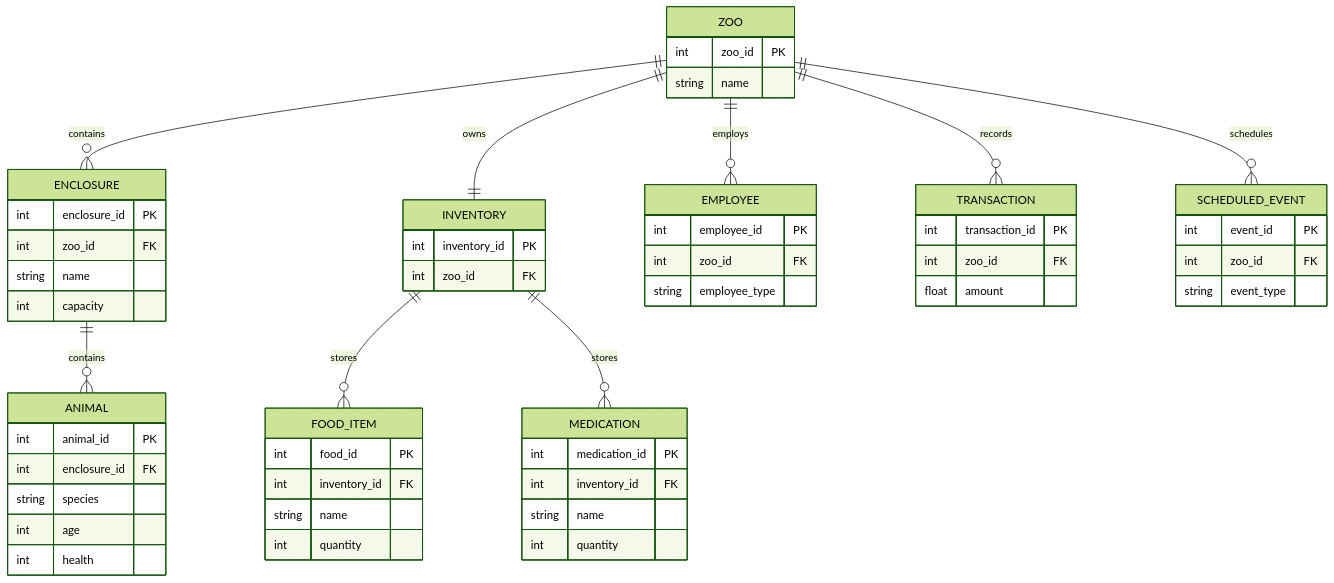
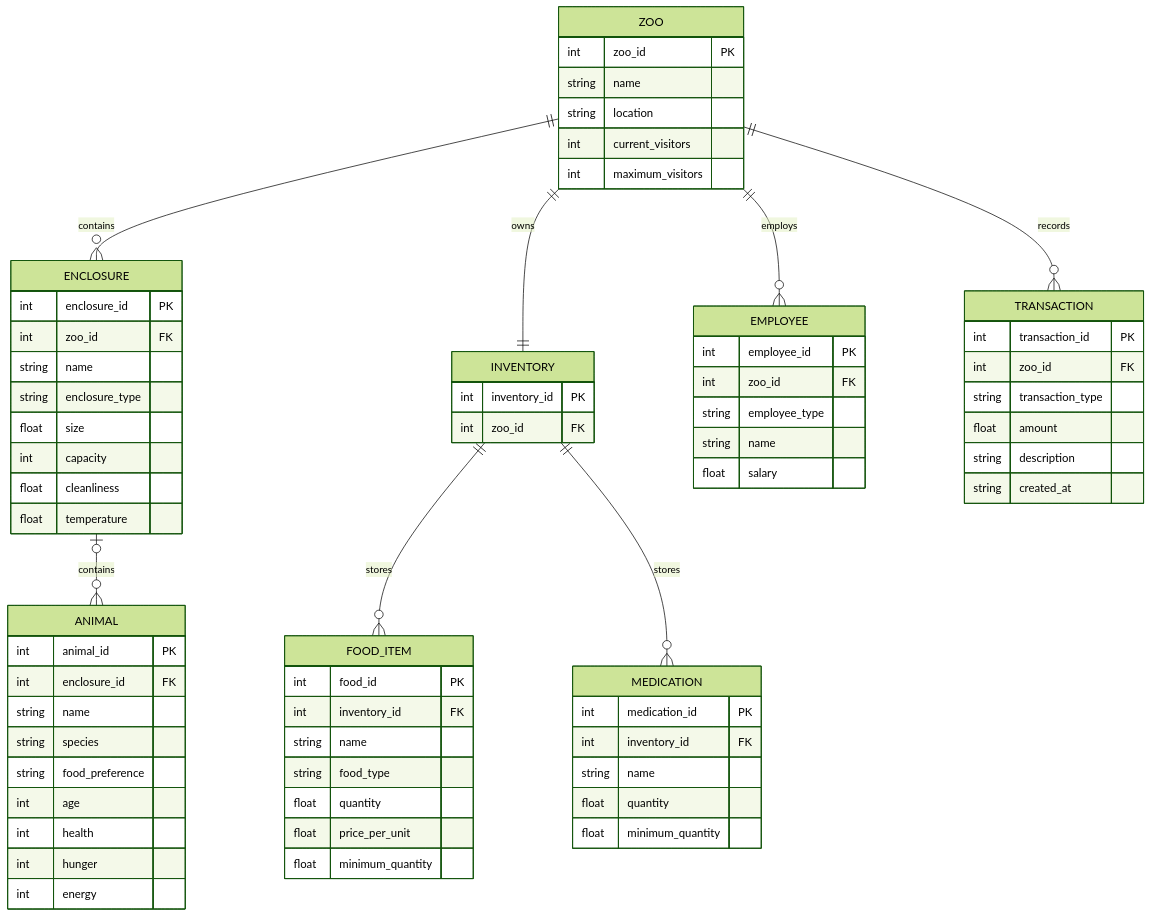
Before and after one commit to Darnell-Beganovic/zms-BBS: the diagram in Projektplanung/ER_Diagram_Data_Model.md, drawn with Mermaid (forest theme). The commit also changed other lines of this file and 3 other files, not shown here.

````diff
--- a/Projektplanung/ER_Diagram_Data_Model.md
+++ b/Projektplanung/ER_Diagram_Data_Model.md
@@ -9,9 +9,8 @@
 ZOO ||--|| INVENTORY : owns
 ZOO ||--o{ EMPLOYEE : employs
 ZOO ||--o{ TRANSACTION : records
-ZOO ||--o{ SCHEDULED_EVENT : schedules
 
-ENCLOSURE ||--o{ ANIMAL : contains
+ENCLOSURE |o--o{ ANIMAL : contains
 
 INVENTORY ||--o{ FOOD_ITEM : stores
 INVENTORY ||--o{ MEDICATION : stores
@@ -19,27 +18,40 @@
 ZOO {
     int zoo_id PK
     string name
+    string location
+    int current_visitors
+    int maximum_visitors
 }
 
 ENCLOSURE {
     int enclosure_id PK
     int zoo_id FK
     string name
+    string enclosure_type
+    float size
     int capacity
+    float cleanliness
+    float temperature
 }
 
 ANIMAL {
     int animal_id PK
     int enclosure_id FK
+    string name
     string species
+    string food_preference
     int age
     int health
+    int hunger
+    int energy
 }
 
 EMPLOYEE {
     int employee_id PK
     int zoo_id FK
     string employee_type
+    string name
+    float salary
 }
 
 INVENTORY {
@@ -51,25 +63,26 @@
     int food_id PK
     int inventory_id FK
     string name
-    int quantity
+    string food_type
+    float quantity
+    float price_per_unit
+    float minimum_quantity
 }
 
 MEDICATION {
     int medication_id PK
     int inventory_id FK
     string name
-    int quantity
+    float quantity
+    float minimum_quantity
 }
 
 TRANSACTION {
     int transaction_id PK
     int zoo_id FK
+    string transaction_type
     float amount
-}
-
-SCHEDULED_EVENT {
-    int event_id PK
-    int zoo_id FK
-    string event_type
+    string description
+    string created_at
 }
 ```
````
